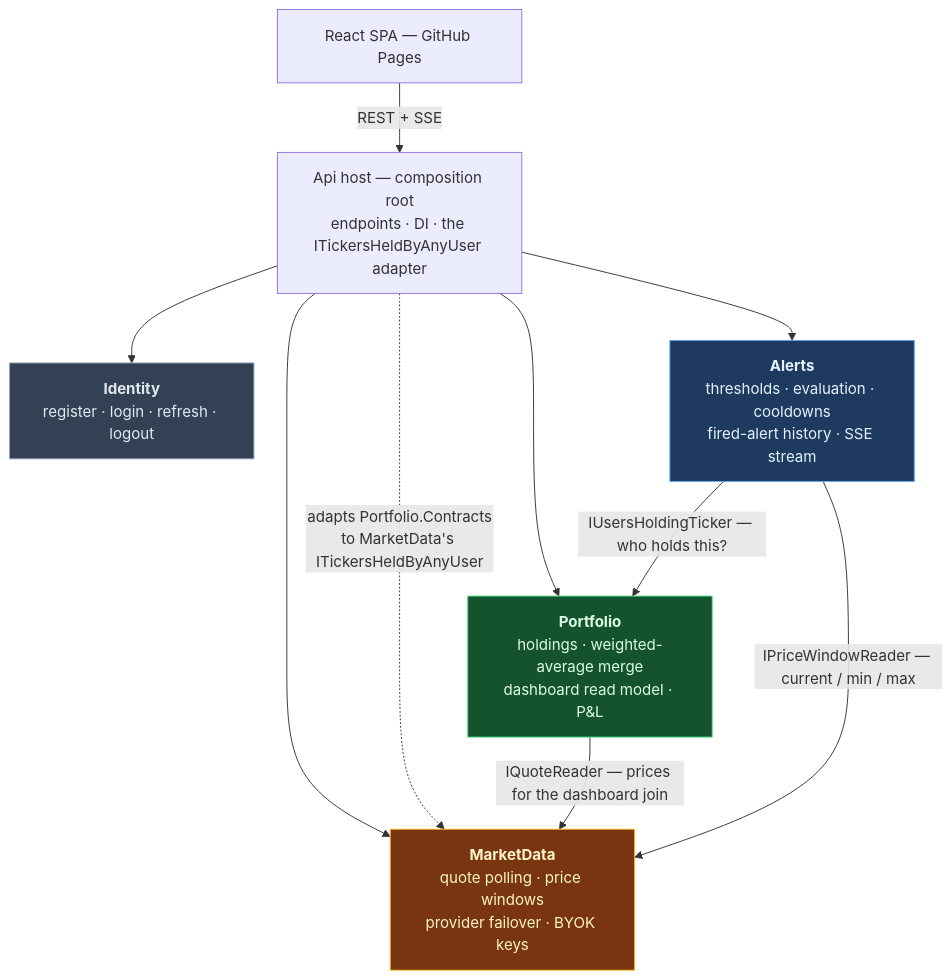
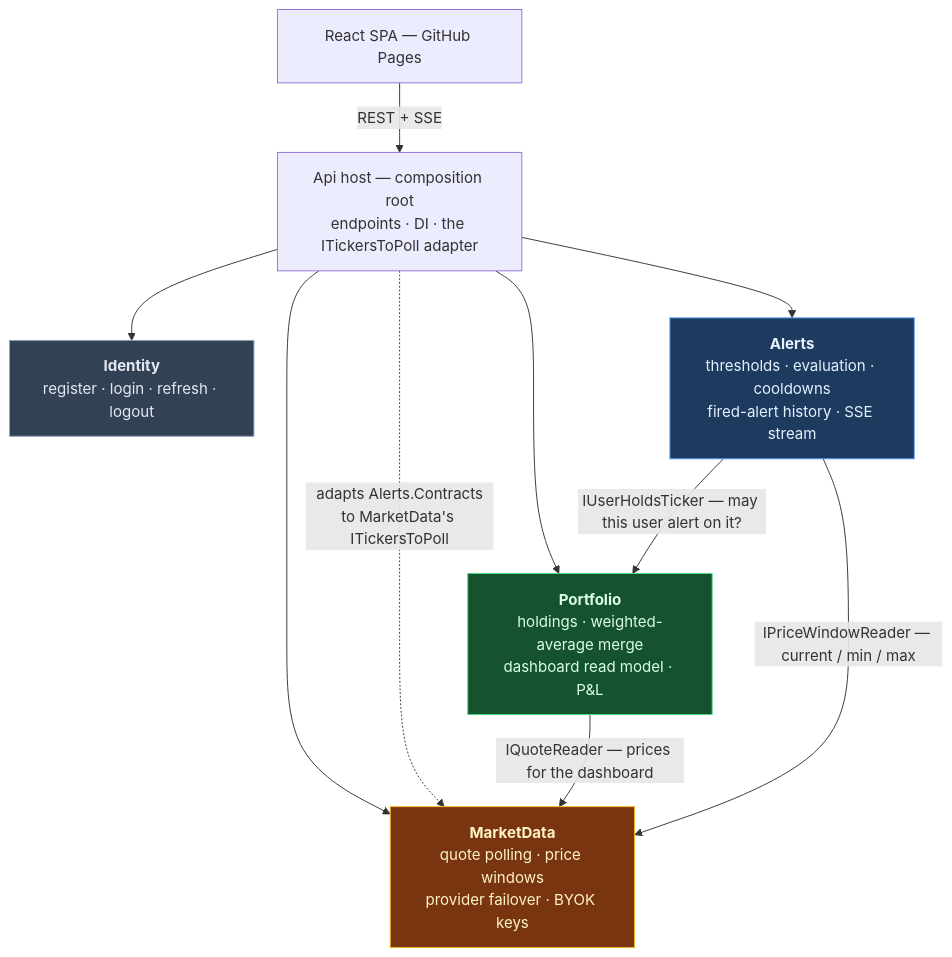
Before and after one commit to Dilicidum/StockPortfolio: the first of 2 diagrams in docs/plan/module-boundaries.md, drawn with Mermaid. The commit also changed other lines of this file and 10 other files, not shown here.

````diff
--- a/docs/plan/module-boundaries.md
+++ b/docs/plan/module-boundaries.md
@@ -41,26 +41,26 @@
 ```mermaid
 flowchart TB
     WEB["React SPA — GitHub Pages"]
-    HOST["Api host — composition root<br/>endpoints · DI · the ITickersHeldByAnyUser adapter"]
+    HOST["Api host — composition root<br/>endpoints · DI · the ITickersToPoll adapter"]
 
     ID["<b>Identity</b><br/>register · login · refresh · logout"]
     PF["<b>Portfolio</b><br/>holdings · weighted-average merge<br/>dashboard read model · P&amp;L"]
     MD["<b>MarketData</b><br/>quote polling · price windows<br/>provider failover · BYOK keys"]
     AL["<b>Alerts</b><br/>thresholds · evaluation · cooldowns<br/>fired-alert history · SSE stream"]
 
     WEB -->|"REST + SSE"| HOST
     HOST --> ID
     HOST --> PF
     HOST --> MD
     HOST --> AL
-    HOST -.->|"adapts Portfolio.Contracts<br/>to MarketData's ITickersHeldByAnyUser"| MD
+    HOST -.->|"adapts Alerts.Contracts<br/>to MarketData's ITickersToPoll"| MD
 
-    PF -->|"IQuoteReader — prices for the dashboard join"| MD
-    AL -->|"IUsersHoldingTicker — who holds this?"| PF
+    PF -->|"IQuoteReader — prices for the dashboard"| MD
+    AL -->|"IUserHoldsTicker — may this user alert on it?"| PF
     AL -->|"IPriceWindowReader — current / min / max"| MD
 
     style PF fill:#14532d,stroke:#4ade80,color:#dcfce7
     style AL fill:#1e3a5f,stroke:#60a5fa,color:#e3f2fd
     style MD fill:#78350f,stroke:#fbbf24,color:#fef3c7
     style ID fill:#334155,stroke:#94a3b8,color:#e2e8f0
 ```
````
